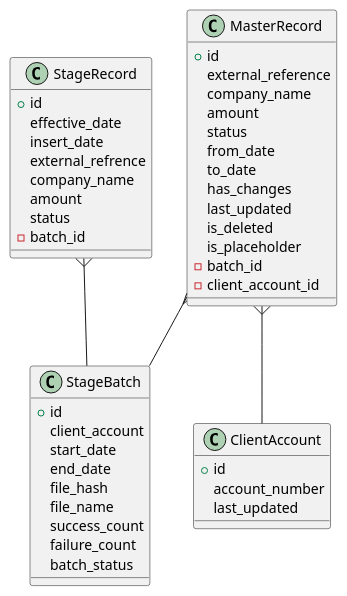
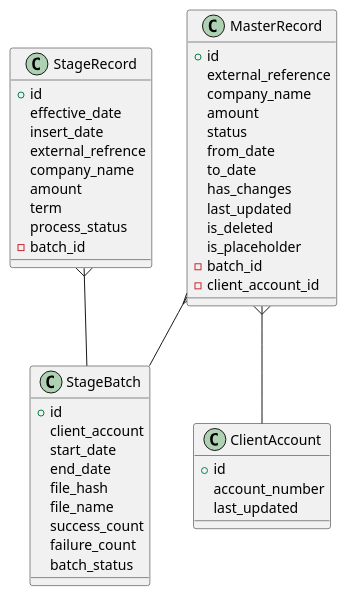
One commit to mariusvrstr/Python-SCD-ETL changed the diagram in docs/database_design.puml. Above: the diagram before and after it, drawn with PlantUML. The commit also changed 4 other files, not shown here.

Commit message:
Changed to a stage process status rather than boolean

```diff
--- a/docs/database_design.puml
+++ b/docs/database_design.puml
@@ -1,52 +1,53 @@
 @startuml ERD Design
 
 class StageRecord {
     +id
     effective_date
     insert_date
     external_refrence
     company_name
     amount
-    status
+    term
+    process_status
     -batch_id
 }
 
 class StageBatch {
     +id
     client_account
     start_date
     end_date
     file_hash
     file_name
     success_count
     failure_count
     batch_status
 }
 
 class MasterRecord {
     +id
     external_reference
     company_name
     amount
     status
     from_date
     to_date
     has_changes
     last_updated
     is_deleted
     is_placeholder
     -batch_id
     -client_account_id
 }
 
 class ClientAccount {
     +id
     account_number
     last_updated
 }
 
 StageRecord }-- StageBatch
 MasterRecord }-- ClientAccount
 MasterRecord }-- StageBatch
 
 @enduml
```
